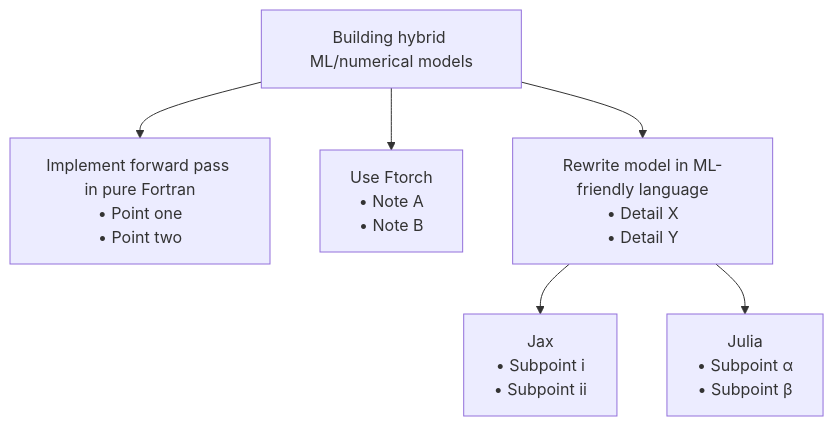
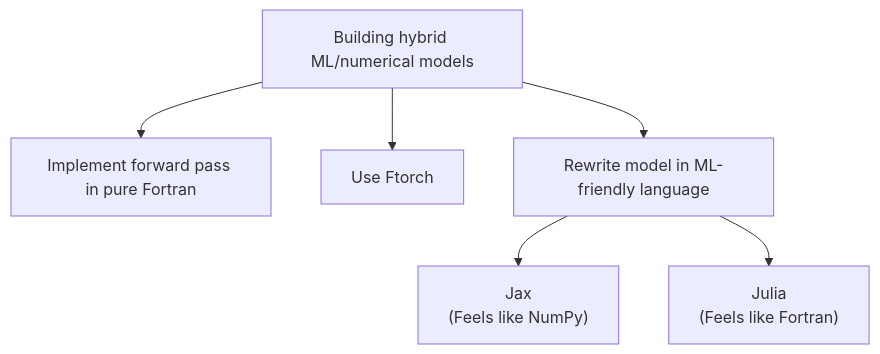
The diagram in updates/2025-09-04_ml_coupling_workshop/index.qmd (ukceh-rse/ukceh-rse.github.io), drawn with Mermaid before and after one commit. The commit also changed other lines of this file and 1 other file, not shown here.

````diff
--- a/updates/2025-09-04_ml_coupling_workshop/index.qmd
+++ b/updates/2025-09-04_ml_coupling_workshop/index.qmd
@@ -62,17 +65,17 @@
 ```{mermaid}
 flowchart TD
     A["Building hybrid ML/numerical models"]
 
-    B["Implement forward pass in pure Fortran<br/>• Point one<br/>• Point two"]
-    C["Use Ftorch<br/>• Note A<br/>• Note B"]
-    D["Rewrite model in ML-friendly language<br/>• Detail X<br/>• Detail Y"]
-    E["Jax<br/>• Subpoint i<br/>• Subpoint ii"]
-    F["Julia<br/>• Subpoint α<br/>• Subpoint β"]
+    B["Implement forward pass in pure Fortran"]
+    C["Use Ftorch"]
+    D["Rewrite model in ML-friendly language"]
+    E["Jax<br/>(Feels like NumPy)"]
+    F["Julia<br/>(Feels like Fortran)"]
 
     A --> B
     A --> C
     A --> D
 
     D --> E
     D --> F
 ```
````
